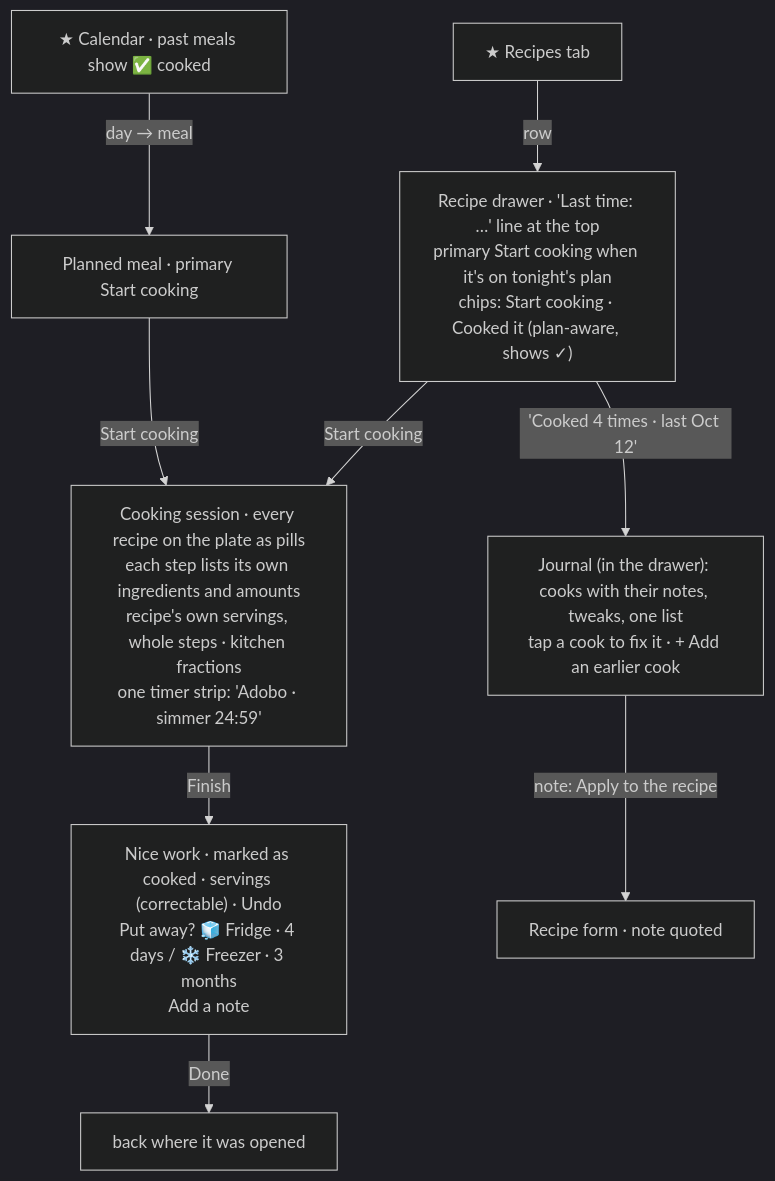
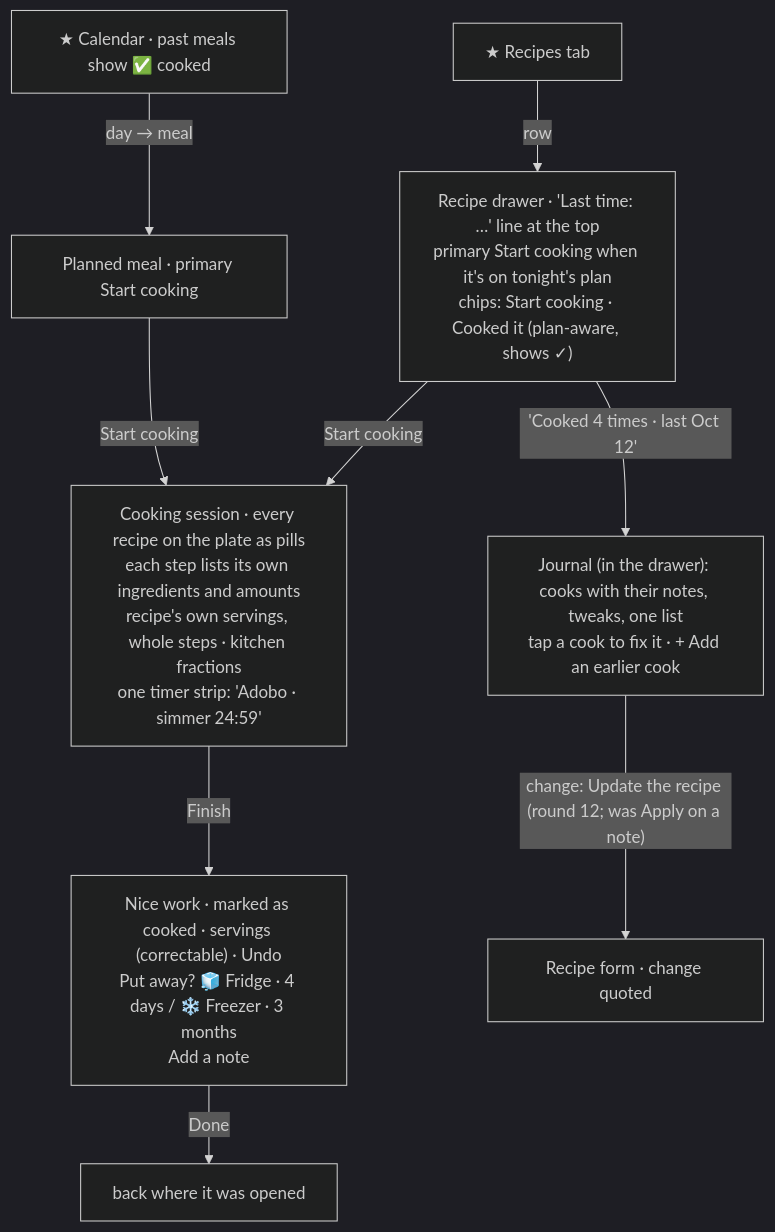
One commit to NovaMoonX/moondreams-dev-apps changed the second of 2 diagrams in src/apps/pinch/journeys/J5-cooking.md. Above: the diagram before and after it, drawn with Mermaid (dark theme). The commit also changed other lines of this file and 94 other files, not shown here.

````diff
--- a/src/apps/pinch/journeys/J5-cooking.md
+++ b/src/apps/pinch/journeys/J5-cooking.md
@@ -175,11 +175,11 @@
 ```mermaid
 flowchart TD
   CAL["★ Calendar · past meals show ✅ cooked"] -->|"day → meal"| PM["Planned meal · primary Start cooking"]
   PM -->|Start cooking| CS
   RT["★ Recipes tab"] -->|row| RD["Recipe drawer · 'Last time: …' line at the top<br/>primary Start cooking when it's on tonight's plan<br/>chips: Start cooking · Cooked it (plan-aware, shows ✓)"]
   RD -->|Start cooking| CS["Cooking session · every recipe on the plate as pills<br/>each step lists its own ingredients and amounts<br/>recipe's own servings, whole steps · kitchen fractions<br/>one timer strip: 'Adobo · simmer 24:59'"]
   CS -->|Finish| FP["Nice work · marked as cooked · servings (correctable) · Undo<br/>Put away? 🧊 Fridge · 4 days / ❄️ Freezer · 3 months<br/>Add a note"]
   FP -->|Done| BACK["back where it was opened"]
   RD -->|"'Cooked 4 times · last Oct 12'"| J["Journal (in the drawer): cooks with their notes, tweaks, one list<br/>tap a cook to fix it · + Add an earlier cook"]
-  J -->|"note: Apply to the recipe"| RF["Recipe form · note quoted"]
+  J -->|"change: Update the recipe (round 12; was Apply on a note)"| RF["Recipe form · change quoted"]
 ```
````
